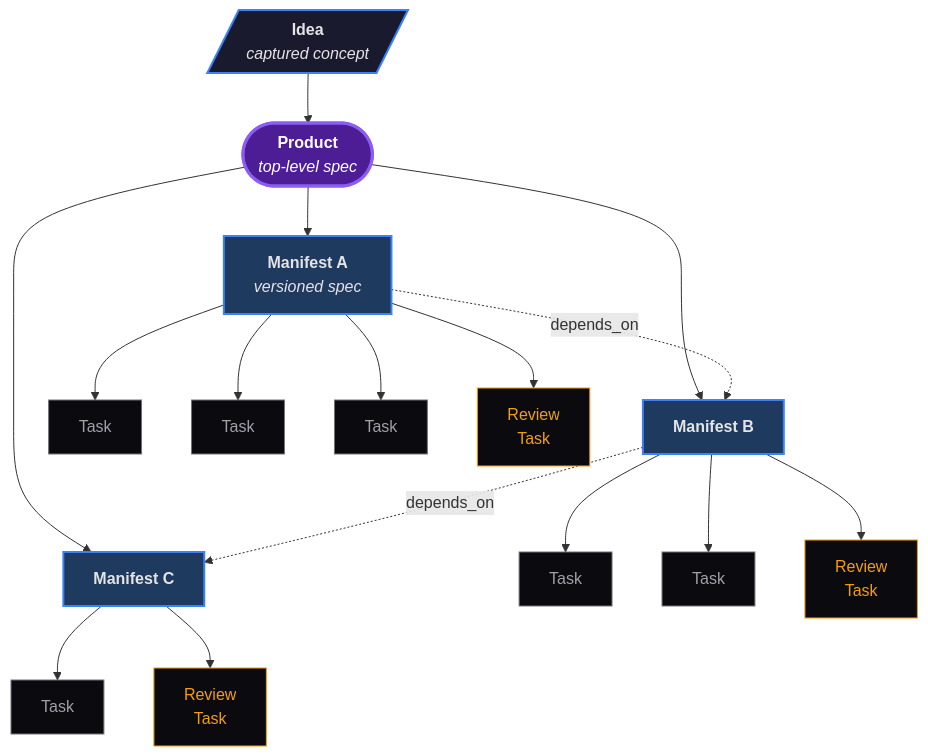
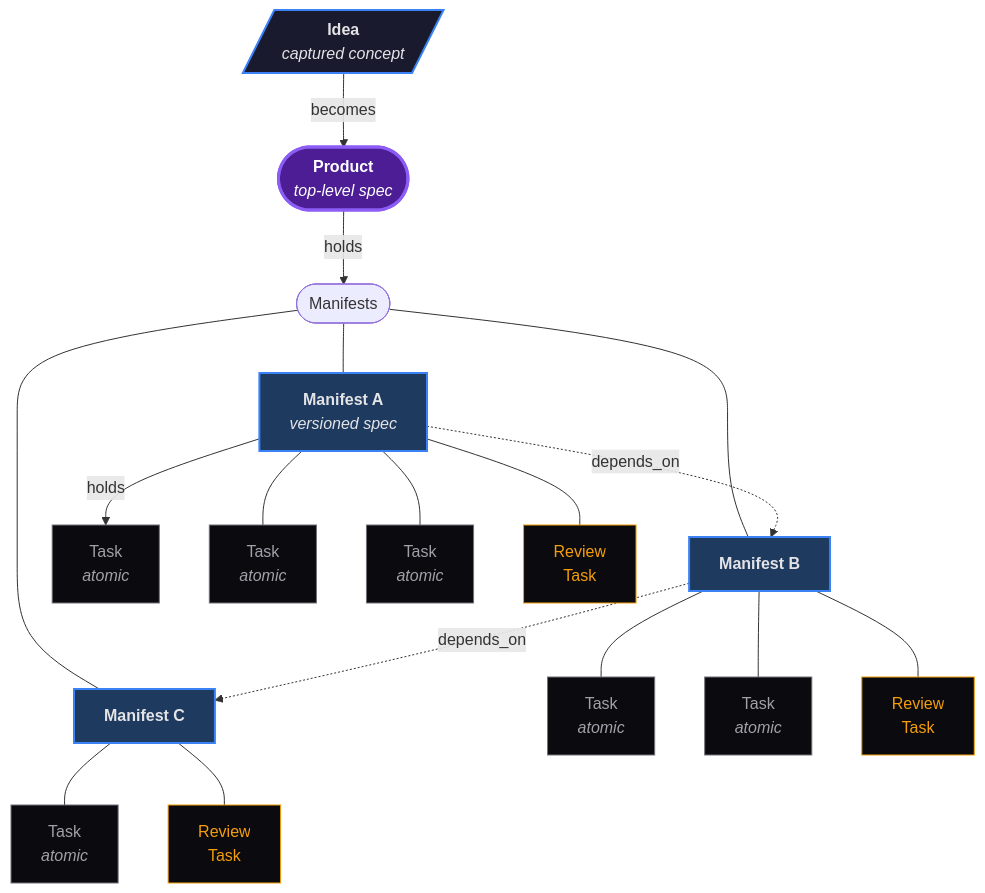
One commit to k8nstantin/OpenPraxis changed the first of 2 diagrams in README.md. Above: the diagram before and after it, drawn with Mermaid. The commit also changed other lines of this file, not shown here.

Commit message:
docs(readme): label Task as "atomic" + clearer progression edges
Edges now carry verbs (becomes / holds) and Task nodes are labeled
"Task (atomic)" so the Idea → Product → Manifest → Task (atomic)
progression is visible in the diagram itself, not just the caption.

Caption also reworked to lead with the progression line and call
out Task as the atomic unit of work explicitly.

````diff
--- a/README.md
+++ b/README.md
@@ -13,30 +13,30 @@
 ```mermaid
 flowchart TB
-    Idea[/"<b>Idea</b><br/><i>captured concept</i>"/]:::idea --> P
+    Idea[/"<b>Idea</b><br/><i>captured concept</i>"/]:::idea -->|becomes| P
 
-    P(["<b>Product</b><br/><i>top-level spec</i>"]):::product
+    P(["<b>Product</b><br/><i>top-level spec</i>"]):::product -->|holds| MH([Manifests])
 
-    P --> M1["<b>Manifest A</b><br/><i>versioned spec</i>"]:::manifest
-    P --> M2["<b>Manifest B</b>"]:::manifest
-    P --> M3["<b>Manifest C</b>"]:::manifest
+    MH --- M1["<b>Manifest A</b><br/><i>versioned spec</i>"]:::manifest
+    MH --- M2["<b>Manifest B</b>"]:::manifest
+    MH --- M3["<b>Manifest C</b>"]:::manifest
     M1 -. depends_on .-> M2
     M2 -. depends_on .-> M3
 
-    M1 --> T1a[Task]:::task
-    M1 --> T1b[Task]:::task
-    M1 --> T1c[Task]:::task
-    M1 --> R1[Review<br/>Task]:::review
+    M1 -->|holds| T1a["Task<br/><i>atomic</i>"]:::task
+    M1 --- T1b["Task<br/><i>atomic</i>"]:::task
+    M1 --- T1c["Task<br/><i>atomic</i>"]:::task
+    M1 --- R1[Review<br/>Task]:::review
 
-    M2 --> T2a[Task]:::task
-    M2 --> T2b[Task]:::task
-    M2 --> R2[Review<br/>Task]:::review
+    M2 --- T2a["Task<br/><i>atomic</i>"]:::task
+    M2 --- T2b["Task<br/><i>atomic</i>"]:::task
+    M2 --- R2[Review<br/>Task]:::review
 
-    M3 --> T3a[Task]:::task
-    M3 --> R3[Review<br/>Task]:::review
+    M3 --- T3a["Task<br/><i>atomic</i>"]:::task
+    M3 --- R3[Review<br/>Task]:::review
 
     classDef idea fill:#1a1a2e,stroke:#3b82f6,stroke-width:2px,color:#e4e4e7
     classDef product fill:#4c1d95,stroke:#8b5cf6,stroke-width:3px,color:#fff
     classDef manifest fill:#1e3a5f,stroke:#3b82f6,stroke-width:2px,color:#e4e4e7
     classDef task fill:#0a0a0f,stroke:#71717a,color:#a1a1aa
     classDef review fill:#0a0a0f,stroke:#f59e0b,color:#f59e0b
 ```
````
